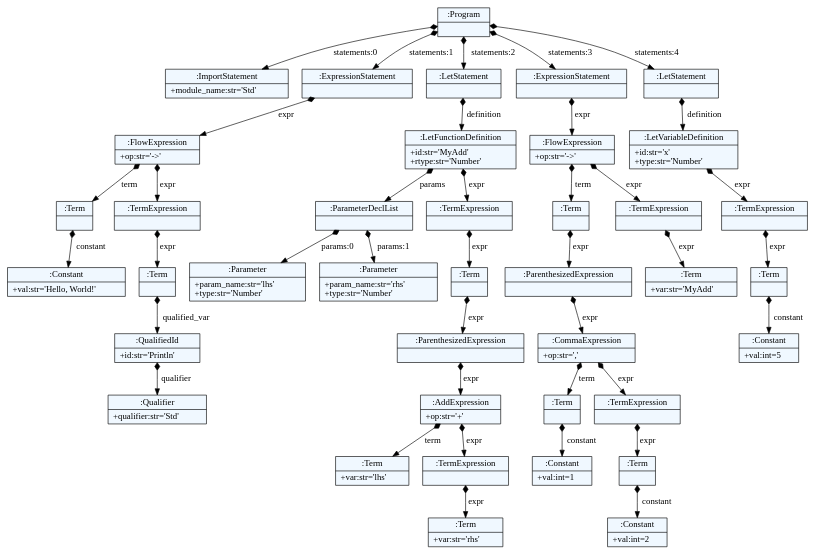
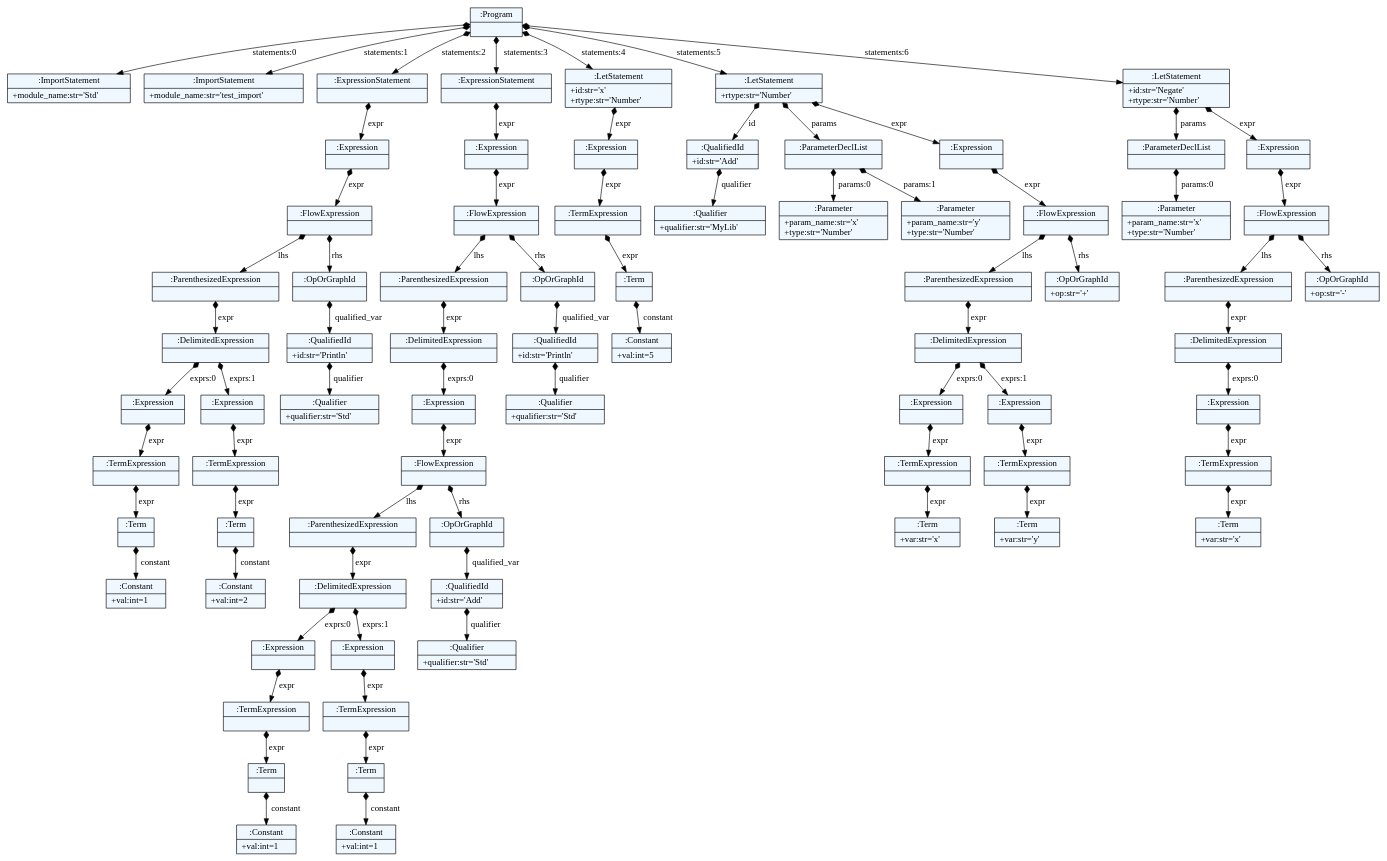
One commit to mguid65/fleauxlang changed the diagram in test.dot. Above: the diagram before and after it, drawn with Graphviz. The commit also changed 8 other files, not shown here.

```diff
--- a/test.dot
+++ b/test.dot
@@ -11,82 +11,154 @@
     edge[dir=black,arrowtail=empty]
 
 
-132124199478000 -> 132124199485296 [label="statements:0" arrowtail=diamond dir=both]
-132124199485296[label="{:ImportStatement|+module_name:str='Std'\l}"]
-132124199478000 -> 132124199469120 [label="statements:1" arrowtail=diamond dir=both]
-132124199469120 -> 132124199483856 [label="expr" arrowtail=diamond dir=both]
-132124199483856 -> 132124199484144 [label="term" arrowtail=diamond dir=both]
-132124199484144 -> 132124199483904 [label="constant" arrowtail=diamond dir=both]
-132124199483904[label="{:Constant|+val:str='Hello, World!'\l}"]
-132124199484144[label="{:Term|}"]
-132124199483856 -> 132124199473008 [label="expr" arrowtail=diamond dir=both]
-132124199473008 -> 132124199485344 [label="expr" arrowtail=diamond dir=both]
-132124199485344 -> 132124199482800 [label="qualified_var" arrowtail=diamond dir=both]
-132124199482800 -> 132124199482176 [label="qualifier" arrowtail=diamond dir=both]
-132124199482176[label="{:Qualifier|+qualifier:str='Std'\l}"]
-132124199482800[label="{:QualifiedId|+id:str='Println'\l}"]
-132124199485344[label="{:Term|}"]
-132124199473008[label="{:TermExpression|}"]
-132124199483856[label="{:FlowExpression|+op:str='-\>'\l}"]
-132124199469120[label="{:ExpressionStatement|}"]
-132124199478000 -> 132124199471040 [label="statements:2" arrowtail=diamond dir=both]
-132124199471040 -> 132124199475696 [label="definition" arrowtail=diamond dir=both]
-132124199475696 -> 132124199482512 [label="params" arrowtail=diamond dir=both]
-132124199482512 -> 132124199481120 [label="params:0" arrowtail=diamond dir=both]
-132124199481120[label="{:Parameter|+param_name:str='lhs'\l+type:str='Number'\l}"]
-132124199482512 -> 132124199471904 [label="params:1" arrowtail=diamond dir=both]
-132124199471904[label="{:Parameter|+param_name:str='rhs'\l+type:str='Number'\l}"]
-132124199482512[label="{:ParameterDeclList|}"]
-132124199475696 -> 132124199481408 [label="expr" arrowtail=diamond dir=both]
-132124199481408 -> 132124199474832 [label="expr" arrowtail=diamond dir=both]
-132124199474832 -> 132124199481072 [label="expr" arrowtail=diamond dir=both]
-132124199481072 -> 132124199480880 [label="expr" arrowtail=diamond dir=both]
-132124199480880 -> 132124199480592 [label="term" arrowtail=diamond dir=both]
-132124199480592[label="{:Term|+var:str='lhs'\l}"]
-132124199480880 -> 132124199480640 [label="expr" arrowtail=diamond dir=both]
-132124199480640 -> 132124199479488 [label="expr" arrowtail=diamond dir=both]
-132124199479488[label="{:Term|+var:str='rhs'\l}"]
-132124199480640[label="{:TermExpression|}"]
-132124199480880[label="{:AddExpression|+op:str='+'\l}"]
-132124199481072[label="{:ParenthesizedExpression|}"]
-132124199474832[label="{:Term|}"]
-132124199481408[label="{:TermExpression|}"]
-132124199475696[label="{:LetFunctionDefinition|+id:str='MyAdd'\l+rtype:str='Number'\l}"]
-132124199471040[label="{:LetStatement|}"]
-132124199478000 -> 132124199485008 [label="statements:3" arrowtail=diamond dir=both]
-132124199485008 -> 132124199475936 [label="expr" arrowtail=diamond dir=both]
-132124199475936 -> 132124199480256 [label="term" arrowtail=diamond dir=both]
-132124199480256 -> 132124199479824 [label="expr" arrowtail=diamond dir=both]
-132124199479824 -> 132124199479248 [label="expr" arrowtail=diamond dir=both]
-132124199479248 -> 132124199478096 [label="term" arrowtail=diamond dir=both]
-132124199478096 -> 132124199477808 [label="constant" arrowtail=diamond dir=both]
-132124199477808[label="{:Constant|+val:int=1\l}"]
-132124199478096[label="{:Term|}"]
-132124199479248 -> 132124199478144 [label="expr" arrowtail=diamond dir=both]
-132124199478144 -> 132124199476704 [label="expr" arrowtail=diamond dir=both]
-132124199476704 -> 132124199476416 [label="constant" arrowtail=diamond dir=both]
-132124199476416[label="{:Constant|+val:int=2\l}"]
-132124199476704[label="{:Term|}"]
-132124199478144[label="{:TermExpression|}"]
-132124199479248[label="{:CommaExpression|+op:str=','\l}"]
-132124199479824[label="{:ParenthesizedExpression|}"]
-132124199480256[label="{:Term|}"]
-132124199475936 -> 132124199480304 [label="expr" arrowtail=diamond dir=both]
-132124199480304 -> 132124199478432 [label="expr" arrowtail=diamond dir=both]
-132124199478432[label="{:Term|+var:str='MyAdd'\l}"]
-132124199480304[label="{:TermExpression|}"]
-132124199475936[label="{:FlowExpression|+op:str='-\>'\l}"]
-132124199485008[label="{:ExpressionStatement|}"]
-132124199478000 -> 132124199473440 [label="statements:4" arrowtail=diamond dir=both]
-132124199473440 -> 132124199477040 [label="definition" arrowtail=diamond dir=both]
-132124199477040 -> 132124199475648 [label="expr" arrowtail=diamond dir=both]
-132124199475648 -> 132124199475024 [label="expr" arrowtail=diamond dir=both]
-132124199475024 -> 132124199474208 [label="constant" arrowtail=diamond dir=both]
-132124199474208[label="{:Constant|+val:int=5\l}"]
-132124199475024[label="{:Term|}"]
-132124199475648[label="{:TermExpression|}"]
-132124199477040[label="{:LetVariableDefinition|+id:str='x'\l+type:str='Number'\l}"]
-132124199473440[label="{:LetStatement|}"]
-132124199478000[label="{:Program|}"]
+131458014634448 -> 131458014635888 [label="statements:0" arrowtail=diamond dir=both]
+131458014635888[label="{:ImportStatement|+module_name:str='Std'\l}"]
+131458014634448 -> 131458014638912 [label="statements:1" arrowtail=diamond dir=both]
+131458014638912[label="{:ImportStatement|+module_name:str='test_import'\l}"]
+131458014634448 -> 131458014638624 [label="statements:2" arrowtail=diamond dir=both]
+131458014638624 -> 131458014641072 [label="expr" arrowtail=diamond dir=both]
+131458014641072 -> 131458014638336 [label="expr" arrowtail=diamond dir=both]
+131458014638336 -> 131458014637184 [label="lhs" arrowtail=diamond dir=both]
+131458014637184 -> 131458014632960 [label="expr" arrowtail=diamond dir=both]
+131458014632960 -> 131458014631280 [label="exprs:0" arrowtail=diamond dir=both]
+131458014631280 -> 131458014629648 [label="expr" arrowtail=diamond dir=both]
+131458014629648 -> 131458014631904 [label="expr" arrowtail=diamond dir=both]
+131458014631904 -> 131458014630944 [label="constant" arrowtail=diamond dir=both]
+131458014630944[label="{:Constant|+val:int=1\l}"]
+131458014631904[label="{:Term|}"]
+131458014629648[label="{:TermExpression|}"]
+131458014631280[label="{:Expression|}"]
+131458014632960 -> 131458014629600 [label="exprs:1" arrowtail=diamond dir=both]
+131458014629600 -> 131458014630896 [label="expr" arrowtail=diamond dir=both]
+131458014630896 -> 131458014629264 [label="expr" arrowtail=diamond dir=both]
+131458014629264 -> 131458014628208 [label="constant" arrowtail=diamond dir=both]
+131458014628208[label="{:Constant|+val:int=2\l}"]
+131458014629264[label="{:Term|}"]
+131458014630896[label="{:TermExpression|}"]
+131458014629600[label="{:Expression|}"]
+131458014632960[label="{:DelimitedExpression|}"]
+131458014637184[label="{:ParenthesizedExpression|}"]
+131458014638336 -> 131458014636176 [label="rhs" arrowtail=diamond dir=both]
+131458014636176 -> 131458014632000 [label="qualified_var" arrowtail=diamond dir=both]
+131458014632000 -> 131458014629072 [label="qualifier" arrowtail=diamond dir=both]
+131458014629072[label="{:Qualifier|+qualifier:str='Std'\l}"]
+131458014632000[label="{:QualifiedId|+id:str='Println'\l}"]
+131458014636176[label="{:OpOrGraphId|}"]
+131458014638336[label="{:FlowExpression|}"]
+131458014641072[label="{:Expression|}"]
+131458014638624[label="{:ExpressionStatement|}"]
+131458014634448 -> 131458014642032 [label="statements:3" arrowtail=diamond dir=both]
+131458014642032 -> 131458014632144 [label="expr" arrowtail=diamond dir=both]
+131458014632144 -> 131458014629024 [label="expr" arrowtail=diamond dir=both]
+131458014629024 -> 131458014629504 [label="lhs" arrowtail=diamond dir=both]
+131458014629504 -> 131458014638000 [label="expr" arrowtail=diamond dir=both]
+131458014638000 -> 131458014629744 [label="exprs:0" arrowtail=diamond dir=both]
+131458014629744 -> 131458014638096 [label="expr" arrowtail=diamond dir=both]
+131458014638096 -> 131458014631088 [label="lhs" arrowtail=diamond dir=both]
+131458014631088 -> 131458014638864 [label="expr" arrowtail=diamond dir=both]
+131458014638864 -> 131458014639152 [label="exprs:0" arrowtail=diamond dir=both]
+131458014639152 -> 131458014631520 [label="expr" arrowtail=diamond dir=both]
+131458014631520 -> 131458014630272 [label="expr" arrowtail=diamond dir=both]
+131458014630272 -> 131458014641264 [label="constant" arrowtail=diamond dir=both]
+131458014641264[label="{:Constant|+val:int=1\l}"]
+131458014630272[label="{:Term|}"]
+131458014631520[label="{:TermExpression|}"]
+131458014639152[label="{:Expression|}"]
+131458014638864 -> 131458014632336 [label="exprs:1" arrowtail=diamond dir=both]
+131458014632336 -> 131458014631472 [label="expr" arrowtail=diamond dir=both]
+131458014631472 -> 131458014633200 [label="expr" arrowtail=diamond dir=both]
+131458014633200 -> 131458014641648 [label="constant" arrowtail=diamond dir=both]
+131458014641648[label="{:Constant|+val:int=1\l}"]
+131458014633200[label="{:Term|}"]
+131458014631472[label="{:TermExpression|}"]
+131458014632336[label="{:Expression|}"]
+131458014638864[label="{:DelimitedExpression|}"]
+131458014631088[label="{:ParenthesizedExpression|}"]
+131458014638096 -> 131458014638528 [label="rhs" arrowtail=diamond dir=both]
+131458014638528 -> 131458014630752 [label="qualified_var" arrowtail=diamond dir=both]
+131458014630752 -> 131458014641600 [label="qualifier" arrowtail=diamond dir=both]
+131458014641600[label="{:Qualifier|+qualifier:str='Std'\l}"]
+131458014630752[label="{:QualifiedId|+id:str='Add'\l}"]
+131458014638528[label="{:OpOrGraphId|}"]
+131458014638096[label="{:FlowExpression|}"]
+131458014629744[label="{:Expression|}"]
+131458014638000[label="{:DelimitedExpression|}"]
+131458014629504[label="{:ParenthesizedExpression|}"]
+131458014629024 -> 131458014637760 [label="rhs" arrowtail=diamond dir=both]
+131458014637760 -> 131458014635936 [label="qualified_var" arrowtail=diamond dir=both]
+131458014635936 -> 131458014630800 [label="qualifier" arrowtail=diamond dir=both]
+131458014630800[label="{:Qualifier|+qualifier:str='Std'\l}"]
+131458014635936[label="{:QualifiedId|+id:str='Println'\l}"]
+131458014637760[label="{:OpOrGraphId|}"]
+131458014629024[label="{:FlowExpression|}"]
+131458014632144[label="{:Expression|}"]
+131458014642032[label="{:ExpressionStatement|}"]
+131458014634448 -> 131458014637136 [label="statements:4" arrowtail=diamond dir=both]
+131458014637136 -> 131458014637328 [label="expr" arrowtail=diamond dir=both]
+131458014637328 -> 131458014633680 [label="expr" arrowtail=diamond dir=both]
+131458014633680 -> 131458014635072 [label="expr" arrowtail=diamond dir=both]
+131458014635072 -> 131458014628688 [label="constant" arrowtail=diamond dir=both]
+131458014628688[label="{:Constant|+val:int=5\l}"]
+131458014635072[label="{:Term|}"]
+131458014633680[label="{:TermExpression|}"]
+131458014637328[label="{:Expression|}"]
+131458014637136[label="{:LetStatement|+id:str='x'\l+rtype:str='Number'\l}"]
+131458014634448 -> 131458014629312 [label="statements:5" arrowtail=diamond dir=both]
+131458014629312 -> 131458014630080 [label="id" arrowtail=diamond dir=both]
+131458014630080 -> 131458014631760 [label="qualifier" arrowtail=diamond dir=both]
+131458014631760[label="{:Qualifier|+qualifier:str='MyLib'\l}"]
+131458014630080[label="{:QualifiedId|+id:str='Add'\l}"]
+131458014629312 -> 131458014628640 [label="params" arrowtail=diamond dir=both]
+131458014628640 -> 131458014636800 [label="params:0" arrowtail=diamond dir=both]
+131458014636800[label="{:Parameter|+param_name:str='x'\l+type:str='Number'\l}"]
+131458014628640 -> 131458014627680 [label="params:1" arrowtail=diamond dir=both]
+131458014627680[label="{:Parameter|+param_name:str='y'\l+type:str='Number'\l}"]
+131458014628640[label="{:ParameterDeclList|}"]
+131458014629312 -> 131458014636560 [label="expr" arrowtail=diamond dir=both]
+131458014636560 -> 131458014638144 [label="expr" arrowtail=diamond dir=both]
+131458014638144 -> 131458014636944 [label="lhs" arrowtail=diamond dir=both]
+131458014636944 -> 131458014639536 [label="expr" arrowtail=diamond dir=both]
+131458014639536 -> 131458014925040 [label="exprs:0" arrowtail=diamond dir=both]
+131458014925040 -> 131458014922640 [label="expr" arrowtail=diamond dir=both]
+131458014922640 -> 131458014925088 [label="expr" arrowtail=diamond dir=both]
+131458014925088[label="{:Term|+var:str='x'\l}"]
+131458014922640[label="{:TermExpression|}"]
+131458014925040[label="{:Expression|}"]
+131458014639536 -> 131458014925424 [label="exprs:1" arrowtail=diamond dir=both]
+131458014925424 -> 131458014925760 [label="expr" arrowtail=diamond dir=both]
+131458014925760 -> 131458014925376 [label="expr" arrowtail=diamond dir=both]
+131458014925376[label="{:Term|+var:str='y'\l}"]
+131458014925760[label="{:TermExpression|}"]
+131458014925424[label="{:Expression|}"]
+131458014639536[label="{:DelimitedExpression|}"]
+131458014636944[label="{:ParenthesizedExpression|}"]
+131458014638144 -> 131458014641552 [label="rhs" arrowtail=diamond dir=both]
+131458014641552[label="{:OpOrGraphId|+op:str='+'\l}"]
+131458014638144[label="{:FlowExpression|}"]
+131458014636560[label="{:Expression|}"]
+131458014629312[label="{:LetStatement|+rtype:str='Number'\l}"]
+131458014634448 -> 131458014639104 [label="statements:6" arrowtail=diamond dir=both]
+131458014639104 -> 131458014639392 [label="params" arrowtail=diamond dir=both]
+131458014639392 -> 131458014925328 [label="params:0" arrowtail=diamond dir=both]
+131458014925328[label="{:Parameter|+param_name:str='x'\l+type:str='Number'\l}"]
+131458014639392[label="{:ParameterDeclList|}"]
+131458014639104 -> 131458014921920 [label="expr" arrowtail=diamond dir=both]
+131458014921920 -> 131458014921632 [label="expr" arrowtail=diamond dir=both]
+131458014921632 -> 131458014925616 [label="lhs" arrowtail=diamond dir=both]
+131458014925616 -> 131458014921728 [label="expr" arrowtail=diamond dir=both]
+131458014921728 -> 131458014923072 [label="exprs:0" arrowtail=diamond dir=both]
+131458014923072 -> 131458014924272 [label="expr" arrowtail=diamond dir=both]
+131458014924272 -> 131458014921056 [label="expr" arrowtail=diamond dir=both]
+131458014921056[label="{:Term|+var:str='x'\l}"]
+131458014924272[label="{:TermExpression|}"]
+131458014923072[label="{:Expression|}"]
+131458014921728[label="{:DelimitedExpression|}"]
+131458014925616[label="{:ParenthesizedExpression|}"]
+131458014921632 -> 131458014922064 [label="rhs" arrowtail=diamond dir=both]
+131458014922064[label="{:OpOrGraphId|+op:str='-'\l}"]
+131458014921632[label="{:FlowExpression|}"]
+131458014921920[label="{:Expression|}"]
+131458014639104[label="{:LetStatement|+id:str='Negate'\l+rtype:str='Number'\l}"]
+131458014634448[label="{:Program|}"]
 
 }
```
